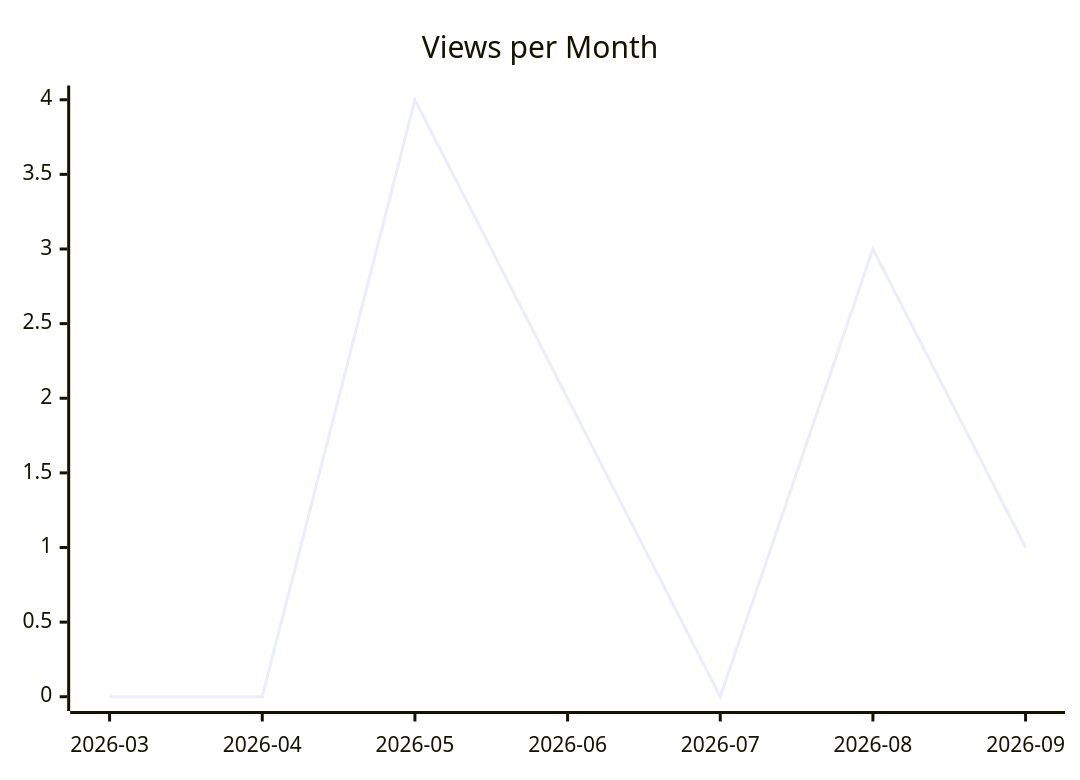
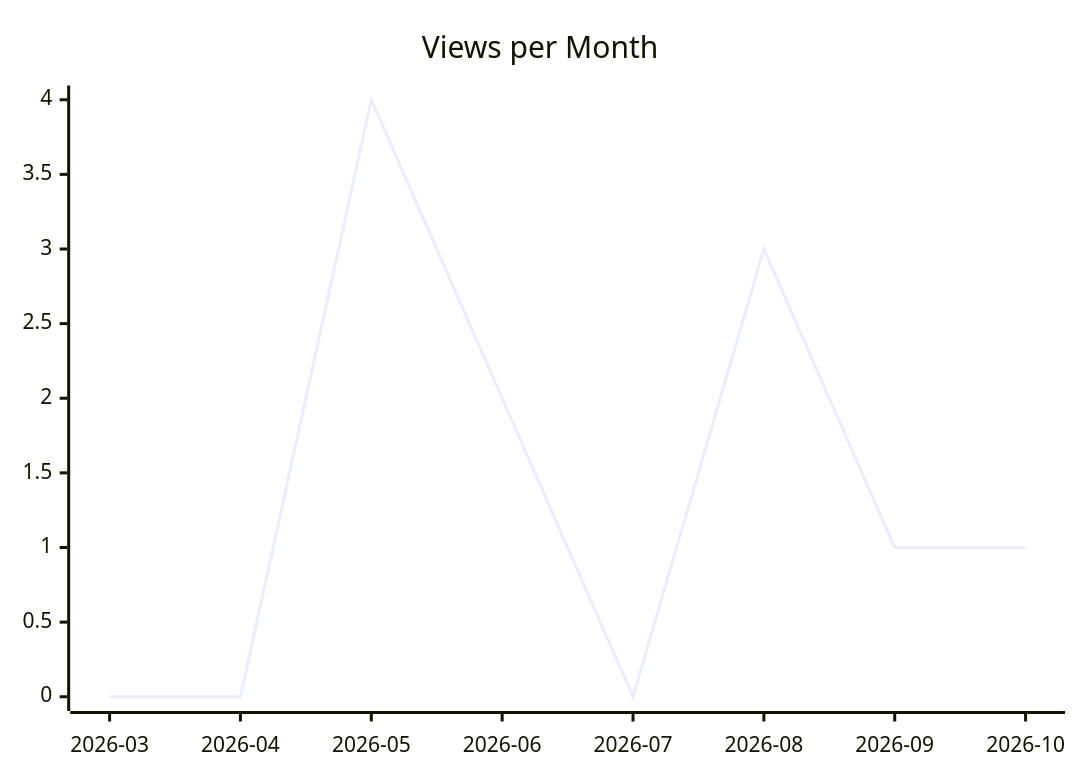
The second of 3 diagrams in karlmdavis/kobjects/README.md (justdavis-family/github-analytics-data), drawn with Mermaid before and after one commit. The commit also changed other lines of this file and 202 other files, not shown here.

````diff
--- a/karlmdavis/kobjects/README.md
+++ b/karlmdavis/kobjects/README.md
@@ -12,6 +12,6 @@
 ```mermaid
 xychart-beta
   title "Views per Month"
-  x-axis ["2026-03", "2026-04", "2026-05", "2026-06", "2026-07", "2026-08", "2026-09"]
-  line [0, 0, 4, 2, 0, 3, 1]
+  x-axis ["2026-03", "2026-04", "2026-05", "2026-06", "2026-07", "2026-08", "2026-09", "2026-10"]
+  line [0, 0, 4, 2, 0, 3, 1, 1]
 ```
````
